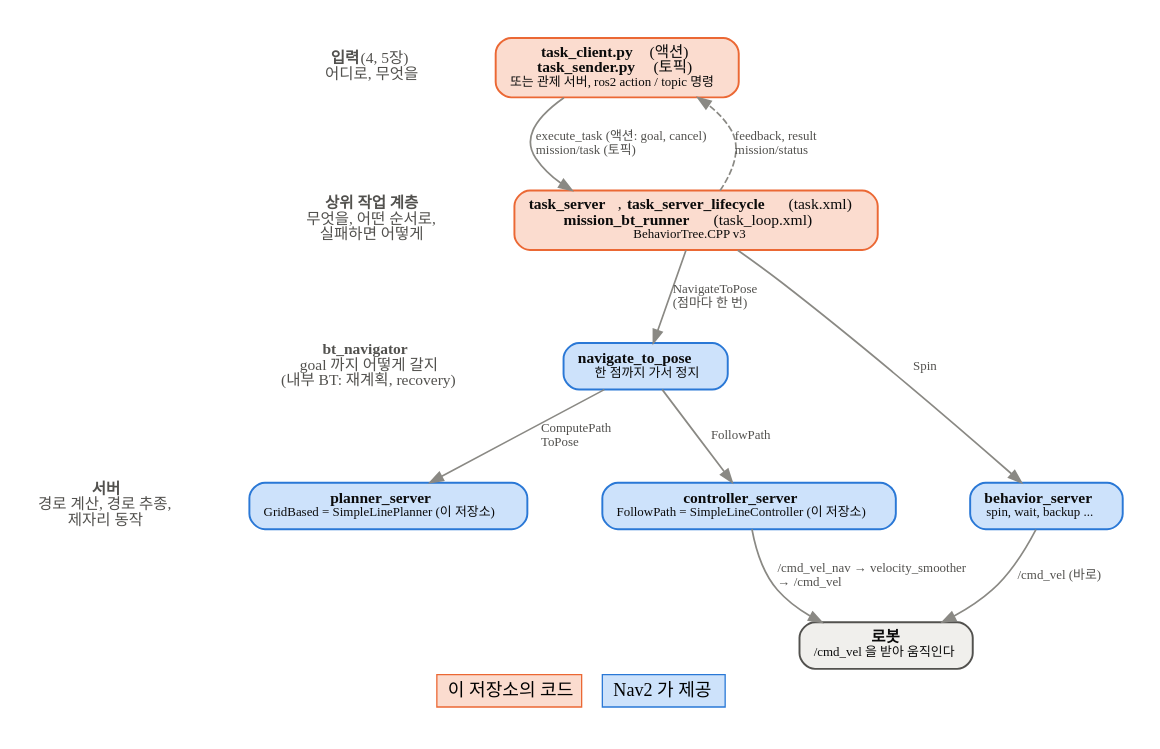
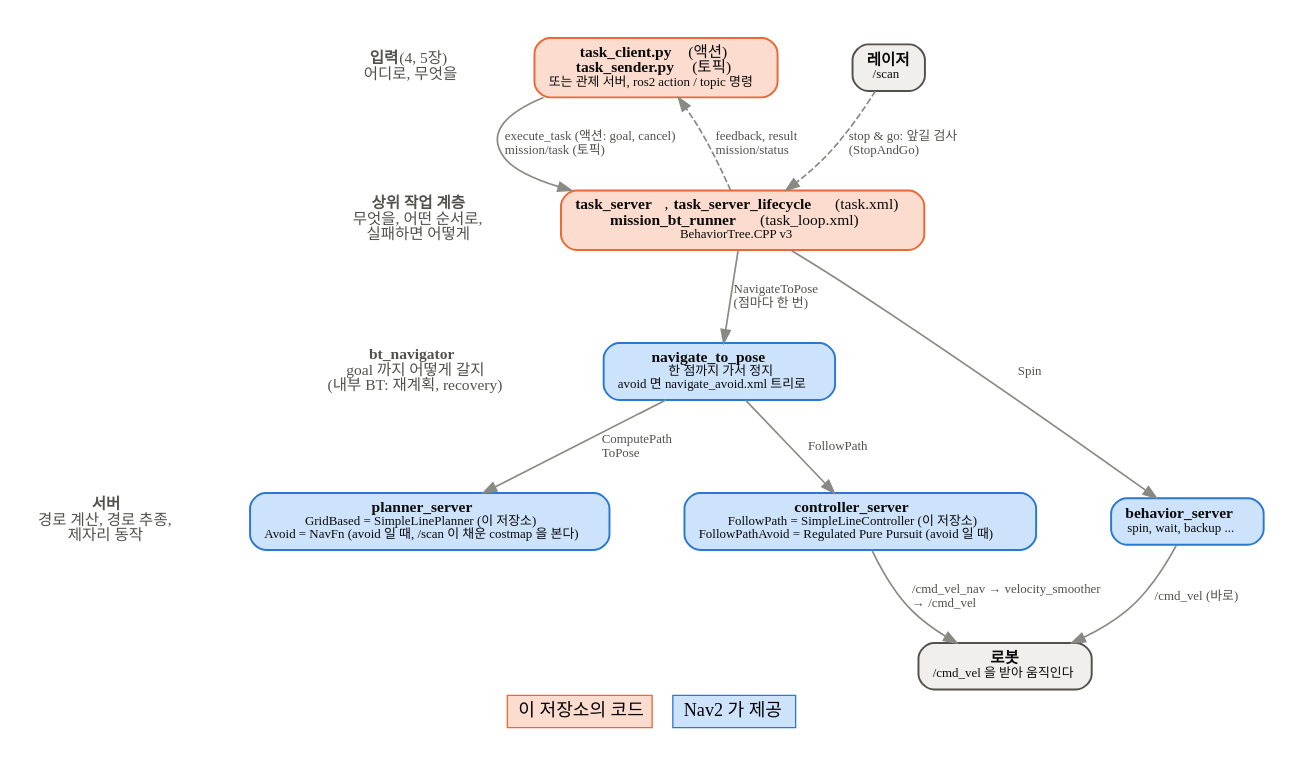
The diagram in bt_navigator/bt_mission/doc/layers.dot (1-roro/nav2_dwb), drawn with Graphviz before and after one commit. The commit also changed 33 other files, not shown here.

```diff
--- a/bt_navigator/bt_mission/doc/layers.dot
+++ b/bt_navigator/bt_mission/doc/layers.dot
@@ -1,54 +1,58 @@
 // 미션 BT 가 Nav2 의 어디에 붙는지 (dot -Tpng -Gdpi=110 layers.dot -o layers.png)
 digraph layers {
   graph [rankdir=TB, fontname="NanumGothic", bgcolor="white", pad=0.3, nodesep=0.4, ranksep=0.7,
          newrank=true, labelloc=b, label=<<table border="0" cellspacing="0" cellpadding="4"><tr>
            <td bgcolor="#fbdccf" border="1" color="#eb6834">&nbsp;이 저장소의 코드&nbsp;</td><td>&nbsp;&nbsp;</td>
            <td bgcolor="#cde2fb" border="1" color="#2a78d6">&nbsp;Nav2 가 제공&nbsp;</td></tr></table>>];
   node [shape=box, style="rounded,filled", fontname="NanumGothic", fontsize=12, fontcolor="#0b0b0b",
         penwidth=1.5, margin="0.15,0.08"];
   edge [color="#8a8984", penwidth=1.3, fontname="NanumGothic", fontsize=10, fontcolor="#52514e"];
 
   // 왼쪽 열: 계층 이름
   node [shape=plaintext, style="", fontsize=12, fontcolor="#52514e", margin=0];
   L0 [label=<<b>입력</b> (4, 5장)<br/>어디로, 무엇을>];
   L1 [label=<<b>상위 작업 계층</b><br/>무엇을, 어떤 순서로,<br/>실패하면 어떻게>];
   L2 [label=<<b>bt_navigator</b><br/>goal 까지 어떻게 갈지<br/>(내부 BT: 재계획, recovery)>];
   L3 [label=<<b>서버</b><br/>경로 계산, 경로 추종,<br/>제자리 동작>];
   L4 [label=""];
   L0 -> L1 -> L2 -> L3 -> L4 [style=invis];
 
   node [shape=box, style="rounded,filled", fontsize=12, fontcolor="#0b0b0b", margin="0.15,0.08"];
   ts [label=<<b>task_client.py</b> (액션)<br/><b>task_sender.py</b> (토픽)<br/><font point-size="10">또는 관제 서버, ros2 action / topic 명령</font>>,
       fillcolor="#fbdccf", color="#eb6834"];
   bt [label=<<b>task_server</b>, <b>task_server_lifecycle</b>  (task.xml)<br/><b>mission_bt_runner</b>  (task_loop.xml)<br/><font point-size="10">BehaviorTree.CPP v3</font>>,
       fillcolor="#fbdccf", color="#eb6834"];
-  nt [label=<<b>navigate_to_pose</b><br/><font point-size="10">한 점까지 가서 정지</font>>,
+  nt [label=<<b>navigate_to_pose</b><br/><font point-size="10">한 점까지 가서 정지<br/>avoid 면 navigate_avoid.xml 트리로</font>>,
       fillcolor="#cde2fb", color="#2a78d6"];
-  planner [label=<<b>planner_server</b><br/><font point-size="10">GridBased = SimpleLinePlanner (이 저장소)</font>>,
+  planner [label=<<b>planner_server</b><br/><font point-size="10">GridBased = SimpleLinePlanner (이 저장소)<br/>Avoid = NavFn (avoid 일 때, /scan 이 채운 costmap 을 본다)</font>>,
            fillcolor="#cde2fb", color="#2a78d6"];
-  controller [label=<<b>controller_server</b><br/><font point-size="10">FollowPath = SimpleLineController (이 저장소)</font>>,
+  controller [label=<<b>controller_server</b><br/><font point-size="10">FollowPath = SimpleLineController (이 저장소)<br/>FollowPathAvoid = Regulated Pure Pursuit (avoid 일 때)</font>>,
               fillcolor="#cde2fb", color="#2a78d6"];
   behavior [label=<<b>behavior_server</b><br/><font point-size="10">spin, wait, backup ...</font>>,
             fillcolor="#cde2fb", color="#2a78d6"];
   robot [label=<<b>로봇</b><br/><font point-size="10">/cmd_vel 을 받아 움직인다</font>>,
          fillcolor="#f0efec", color="#52514e"];
+  laser [label=<<b>레이저</b><br/><font point-size="10">/scan</font>>,
+         fillcolor="#f0efec", color="#52514e"];
 
-  {rank=same; L0; ts}
+  {rank=same; L0; ts; laser}
   {rank=same; L1; bt}
   {rank=same; L2; nt}
   {rank=same; L3; planner; controller; behavior}
   {rank=same; L4; robot}
   L0 -> ts [style=invis];
   L1 -> bt [style=invis];
   L2 -> nt [style=invis];
   L3 -> planner -> controller -> behavior [style=invis];
+  ts -> laser [style=invis];
 
   ts -> bt [label=" execute_task (액션: goal, cancel)\l mission/task (토픽)\l"];
   bt -> ts [style=dashed, label=" feedback, result\l mission/status\l"];
   bt -> nt [label=" NavigateToPose\l (점마다 한 번)\l"];
   bt -> behavior [label=" Spin"];
   nt -> planner [label=" ComputePath\l ToPose\l"];
   nt -> controller [label=" FollowPath"];
   controller -> robot [label=" /cmd_vel_nav → velocity_smoother\l → /cmd_vel\l"];
   behavior -> robot [label=" /cmd_vel (바로)"];
+  laser -> bt [style=dashed, label=" stop & go: 앞길 검사\l (StopAndGo)\l"];
 }
```
